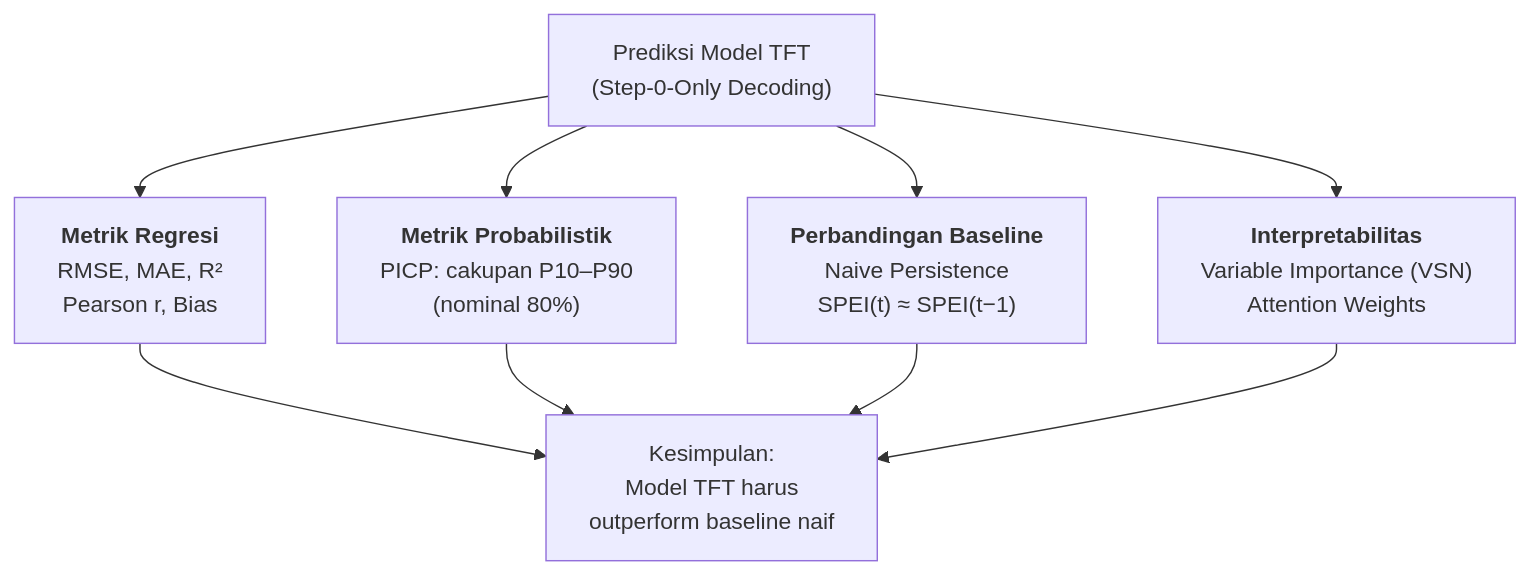
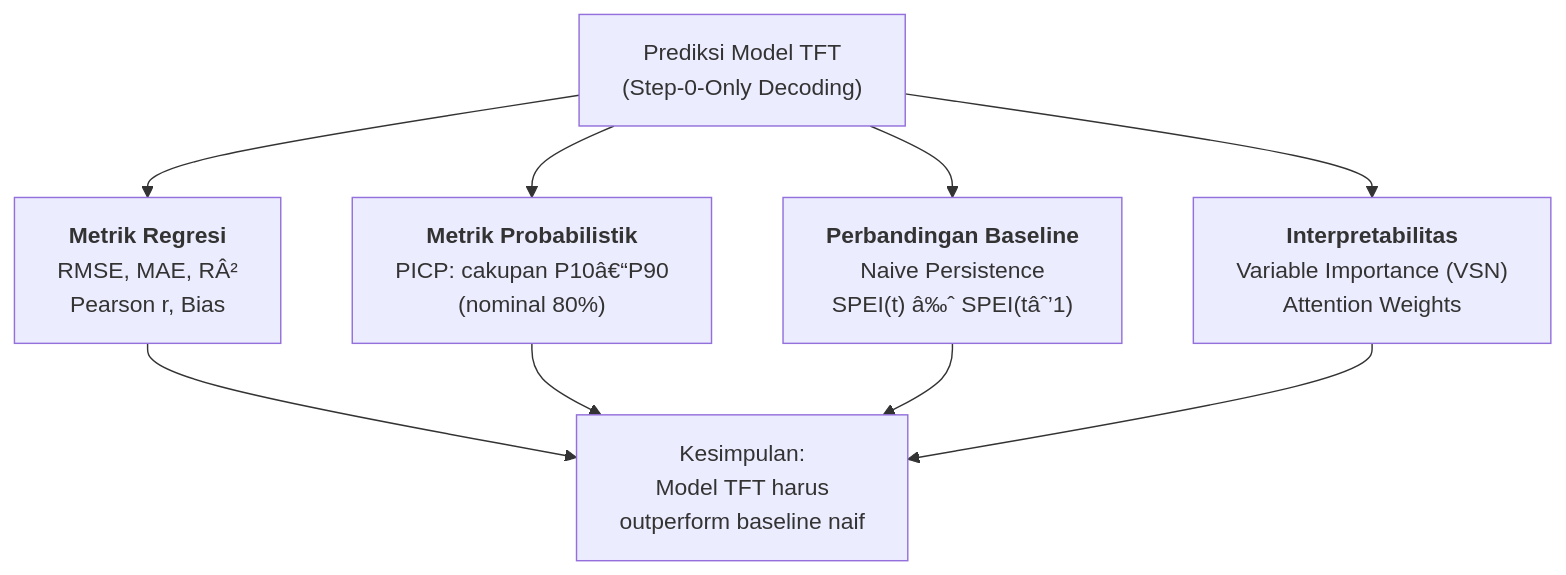
The sixth of 6 diagrams in docs/PANDUAN_SEMINAR_PROPOSAL.md (Vanszs/Skripsi_Nopal_SPEI), drawn with Mermaid before and after one commit. The commit also changed other lines of this file and 28 other files, not shown here.

````diff
--- a/docs/PANDUAN_SEMINAR_PROPOSAL.md
+++ b/docs/PANDUAN_SEMINAR_PROPOSAL.md
@@ -283,12 +283,12 @@
 ```mermaid
 flowchart TD
-    PRED["Prediksi Model TFT<br/>(Step-0-Only Decoding)"] --> REG["<b>Metrik Regresi</b><br/>RMSE, MAE, R²<br/>Pearson r, Bias"]
-    PRED --> PROB["<b>Metrik Probabilistik</b><br/>PICP: cakupan P10–P90<br/>(nominal 80%)"]
-    PRED --> BASE["<b>Perbandingan Baseline</b><br/>Naive Persistence<br/>SPEI(t) ≈ SPEI(t−1)"]
+    PRED["Prediksi Model TFT<br/>(Step-0-Only Decoding)"] --> REG["<b>Metrik Regresi</b><br/>RMSE, MAE, RÂ²<br/>Pearson r, Bias"]
+    PRED --> PROB["<b>Metrik Probabilistik</b><br/>PICP: cakupan P10â€“P90<br/>(nominal 80%)"]
+    PRED --> BASE["<b>Perbandingan Baseline</b><br/>Naive Persistence<br/>SPEI(t) â‰ˆ SPEI(tâˆ’1)"]
     PRED --> INTERP["<b>Interpretabilitas</b><br/>Variable Importance (VSN)<br/>Attention Weights"]
 
     REG --> FINAL["Kesimpulan:<br/>Model TFT harus<br/>outperform baseline naif"]
     PROB --> FINAL
     BASE --> FINAL
     INTERP --> FINAL
 ```
````
